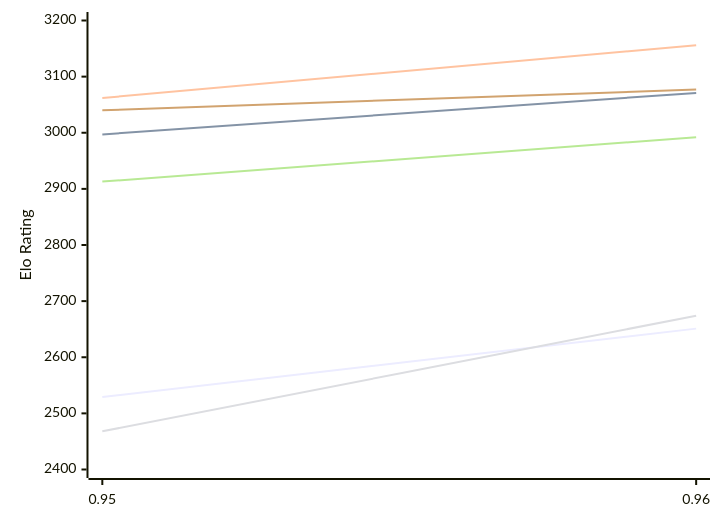
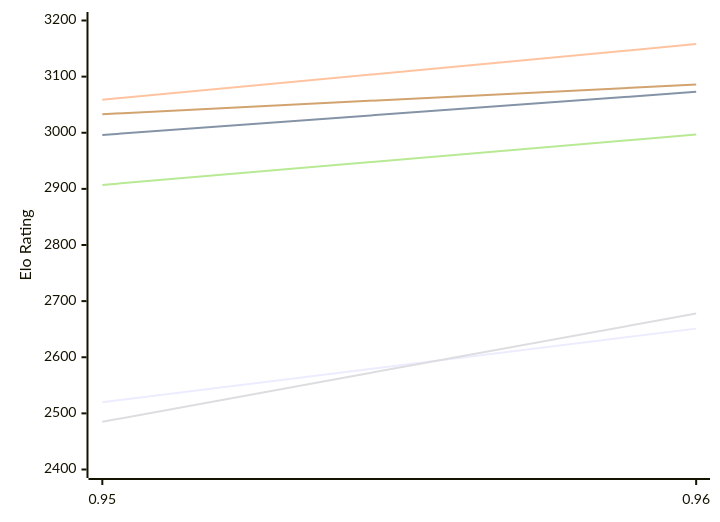
Before and after one commit to computer-chess-index/cci: the first of 2 diagrams in engines/Myrddin.md, drawn with Mermaid. The commit also changed other lines of this file, not shown here.

Commit message:
Update CCI Ratings (ELO VLTC) - 2026-11-17

````diff
--- a/engines/Myrddin.md
+++ b/engines/Myrddin.md
@@ -51,12 +51,12 @@
 ```mermaid
 %%{init: {"theme":"base","themeVariables":{"seriesColors:['#a3a3a3','#222221','#faa371']}}}%%
 xychart-beta
   x-axis ["0.95", "0.96"]
   y-axis "Elo Rating" 2400 --> 3200
-  line "E1: STC (8.0+0.08s)" [2529, 2651]
-  line "E1: LTC (60.0+0.60s)" [2997, 3071]
-  line "E1: VLTC (2m24s+1.12s)" [3062, 3156]
-  line "P1: STC (8.0+0.08s)" [2468, 2674]
-  line "P1: LTC (60.0+0.60s)" [2913, 2992]
-  line "P1: VLTC (2m24s+1.12s)" [3040, 3077]
+  line "E1: STC (8.0+0.08s)" [2520, 2651]
+  line "E1: LTC (60.0+0.60s)" [2996, 3073]
+  line "E1: VLTC (2m24s+1.12s)" [3059, 3158]
+  line "P1: STC (8.0+0.08s)" [2485, 2678]
+  line "P1: LTC (60.0+0.60s)" [2907, 2997]
+  line "P1: VLTC (2m24s+1.12s)" [3033, 3086]
 ```
````
